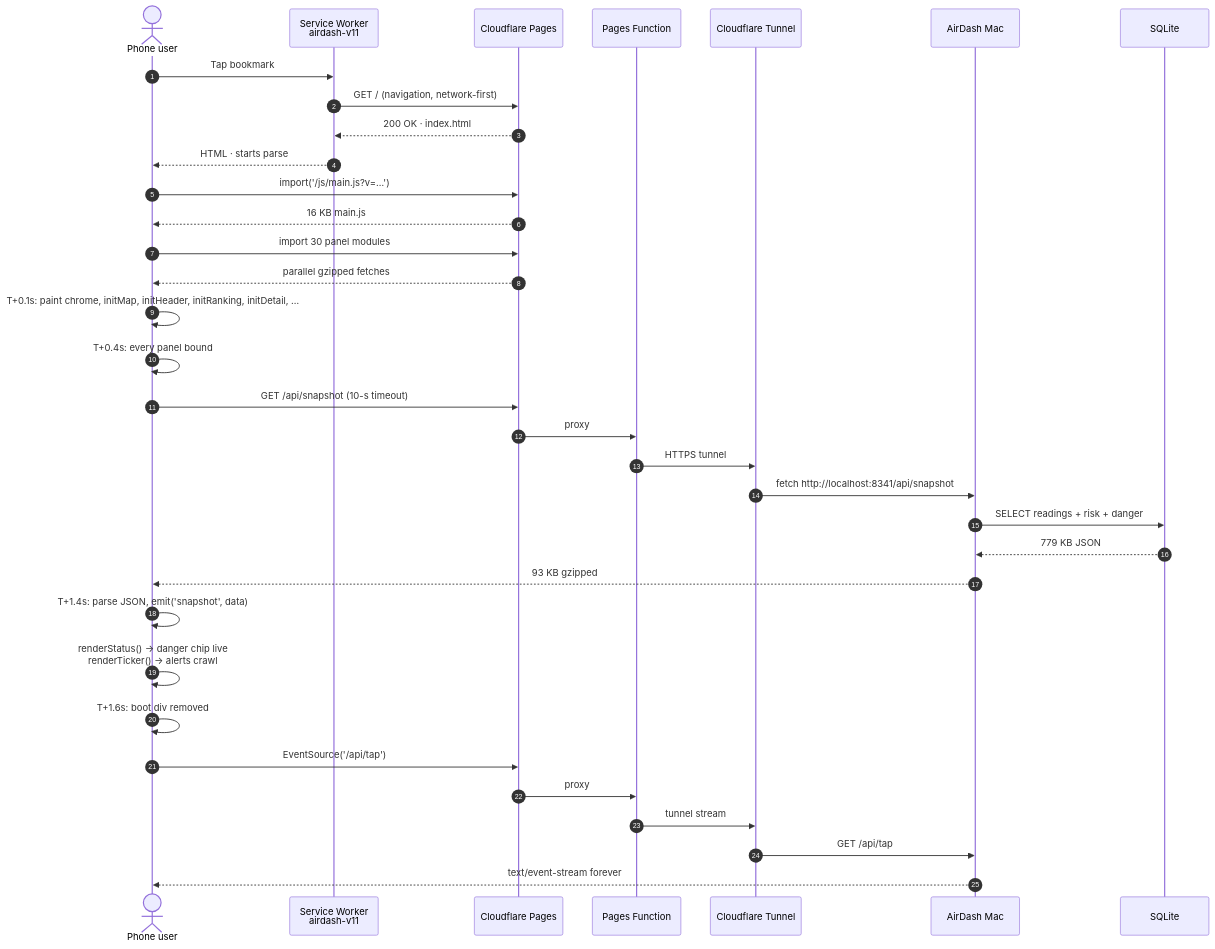
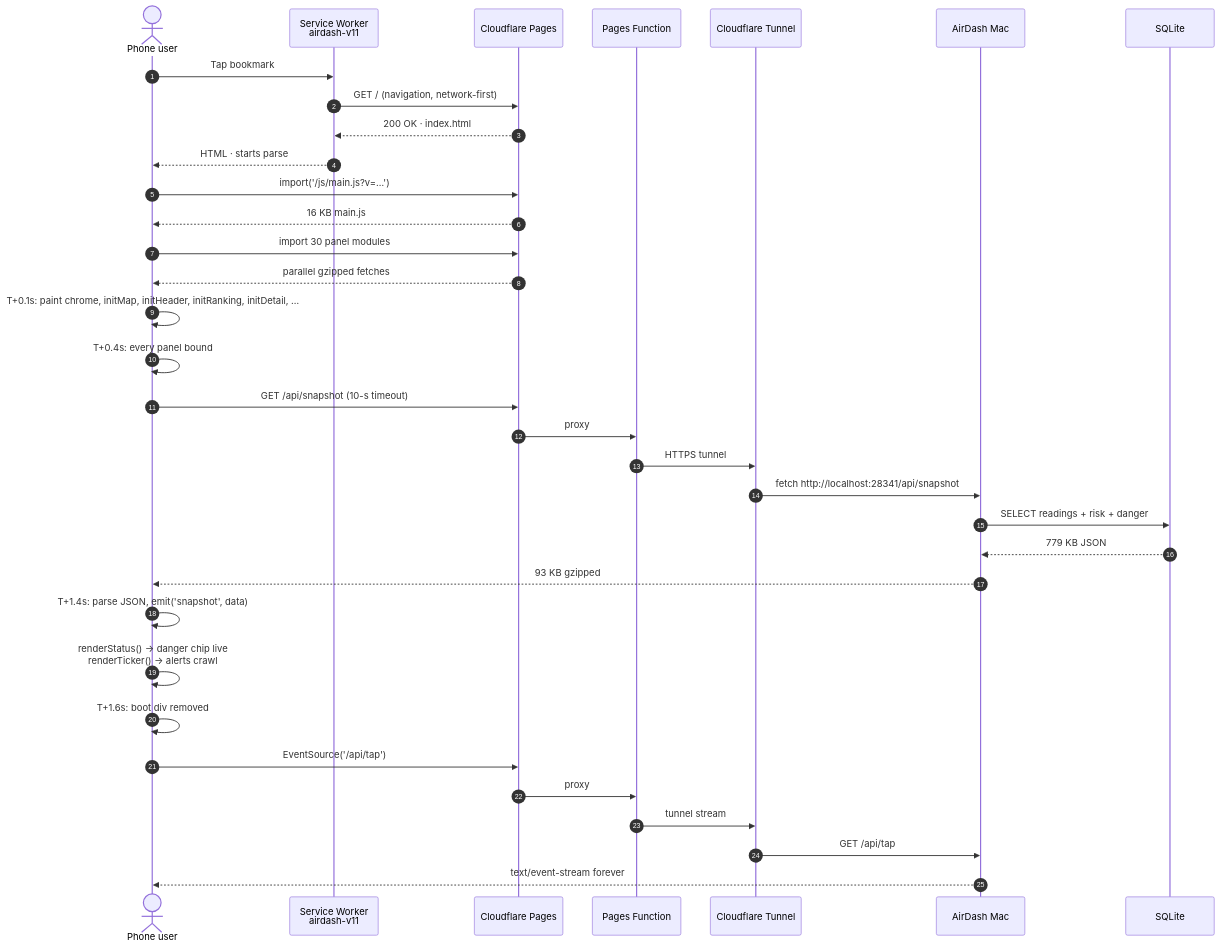
Before and after one commit to Nonarkara/airdash: the fourth of 5 diagrams in ARCHITECTURE.md, drawn with Mermaid. The commit also changed other lines of this file and 16 other files, not shown here.

````diff
--- a/ARCHITECTURE.md
+++ b/ARCHITECTURE.md
@@ -394,43 +394,43 @@
 ```mermaid
 sequenceDiagram
   autonumber
   actor U as Phone user
   participant SW as Service Worker<br/>airdash-v11
   participant CF as Cloudflare Pages
   participant FN as Pages Function
   participant T as Cloudflare Tunnel
   participant M as AirDash Mac
   participant DB as SQLite
 
   U->>SW: Tap bookmark
   SW->>CF: GET / (navigation, network-first)
   CF-->>SW: 200 OK · index.html
   SW-->>U: HTML · starts parse
 
   U->>CF: import('/js/main.js?v=…')
   CF-->>U: 16 KB main.js
 
   U->>CF: import 30 panel modules
   CF-->>U: parallel gzipped fetches
 
   U->>U: T+0.1s: paint chrome, initMap, initHeader, initRanking, initDetail, …
   U->>U: T+0.4s: every panel bound
 
   U->>CF: GET /api/snapshot (10-s timeout)
   CF->>FN: proxy
   FN->>T: HTTPS tunnel
-  T->>M: fetch http://localhost:8341/api/snapshot
+  T->>M: fetch http://localhost:28341/api/snapshot
   M->>DB: SELECT readings + risk + danger
   DB-->>M: 779 KB JSON
   M-->>U: 93 KB gzipped
   U->>U: T+1.4s: parse JSON, emit('snapshot', data)
 
   U->>U: renderStatus() → danger chip live<br/>renderTicker() → alerts crawl
   U->>U: T+1.6s: boot div removed
 
   U->>CF: EventSource('/api/tap')
   CF->>FN: proxy
   FN->>T: tunnel stream
   T->>M: GET /api/tap
   M-->>U: text/event-stream forever
 ```
````
